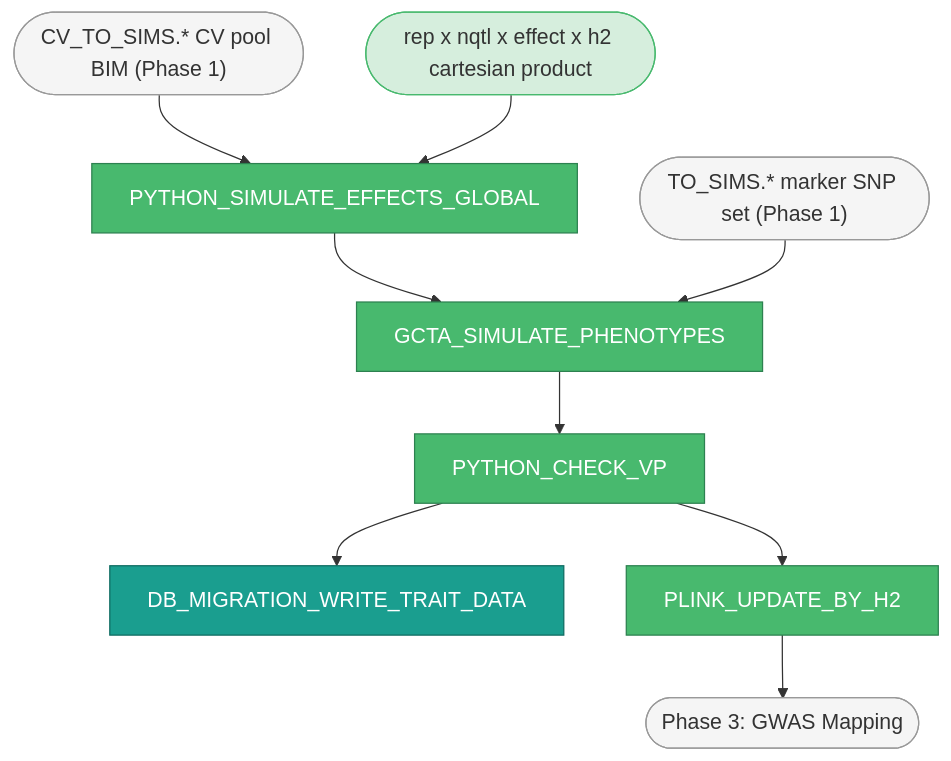
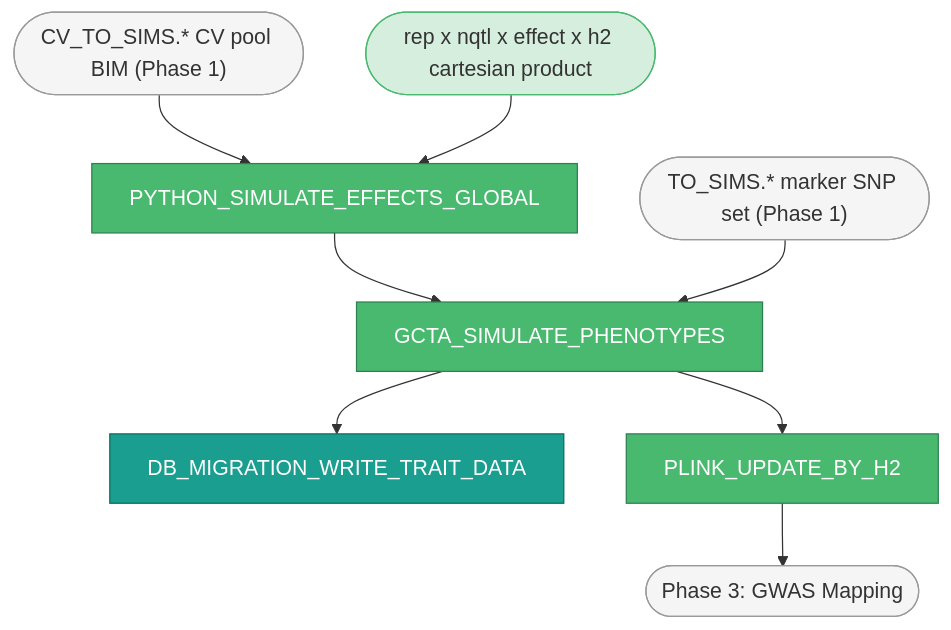
The diagram in docs/trait-simulation.qmd (AndersenLab/nemascan-sims-nf), drawn with Mermaid before and after one commit. The commit also changed other lines of this file and 10 other files, not shown here.

````diff
--- a/docs/trait-simulation.qmd
+++ b/docs/trait-simulation.qmd
@@ -18,28 +18,26 @@
 ```{mermaid}
 %%{init: {'themeVariables': {'fontSize': '17px'}}}%%
 flowchart TD
     classDef proc fill:#48b96e,stroke:#2d8150,color:#fff
     classDef db fill:#1a9e8f,stroke:#0e6b61,color:#fff
     classDef io fill:#f5f5f5,stroke:#999,color:#333
     classDef param fill:#d6eedd,stroke:#48b96e,color:#333
 
     CV(["CV_TO_SIMS.* CV pool BIM (Phase 1)"]):::io
     MS(["TO_SIMS.* marker SNP set (Phase 1)"]):::io
     PARAMS(["rep x nqtl x effect x h2 cartesian product"]):::param
 
     PY["PYTHON_SIMULATE_EFFECTS_GLOBAL"]:::proc
     GCTA["GCTA_SIMULATE_PHENOTYPES"]:::proc
-    CHK["PYTHON_CHECK_VP"]:::proc
     WTD["DB_MIGRATION_WRITE_TRAIT_DATA"]:::db
     PLINK["PLINK_UPDATE_BY_H2"]:::proc
     P3(["Phase 3: GWAS Mapping"]):::io
 
     CV --> PY
     PARAMS --> PY
     PY --> GCTA
     MS --> GCTA
-    GCTA --> CHK
-    CHK --> WTD
-    CHK --> PLINK
+    GCTA --> WTD
+    GCTA --> PLINK
     PLINK --> P3
 ```
````
